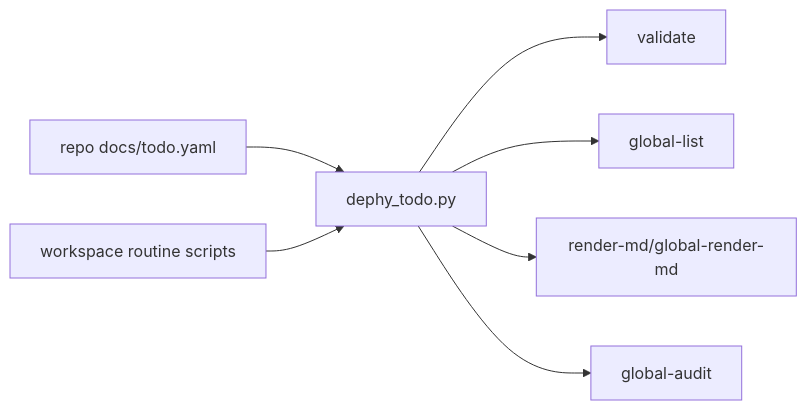
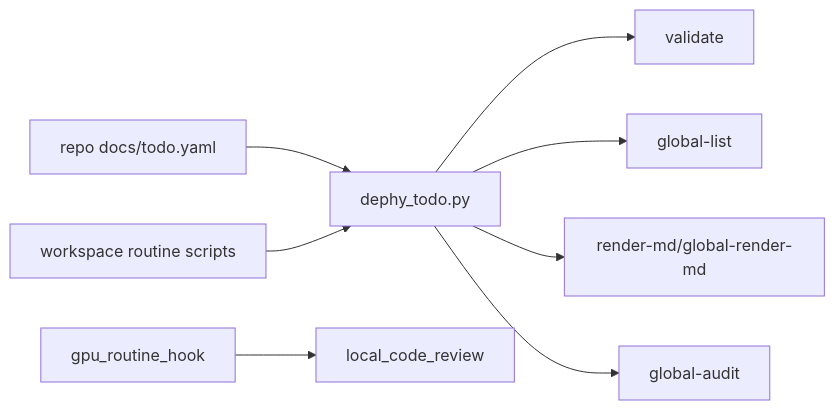
The first of 2 diagrams in README.md (judadao/dephy_todo), drawn with Mermaid before and after one commit. The commit also changed other lines of this file and 8 other files, not shown here.

Commit message:
feat: add local model code review routine

````diff
--- a/README.md
+++ b/README.md
@@ -35,9 +45,10 @@
 ```mermaid
 flowchart LR
     RepoTodo[repo docs/todo.yaml] --> CLI[dephy_todo.py]
     CLI --> Validate[validate]
     CLI --> List[global-list]
     CLI --> Render[render-md/global-render-md]
     CLI --> Audit[global-audit]
     Routine[workspace routine scripts] --> CLI
+    GPU[gpu_routine_hook] --> Review[local_code_review]
 ```
````
